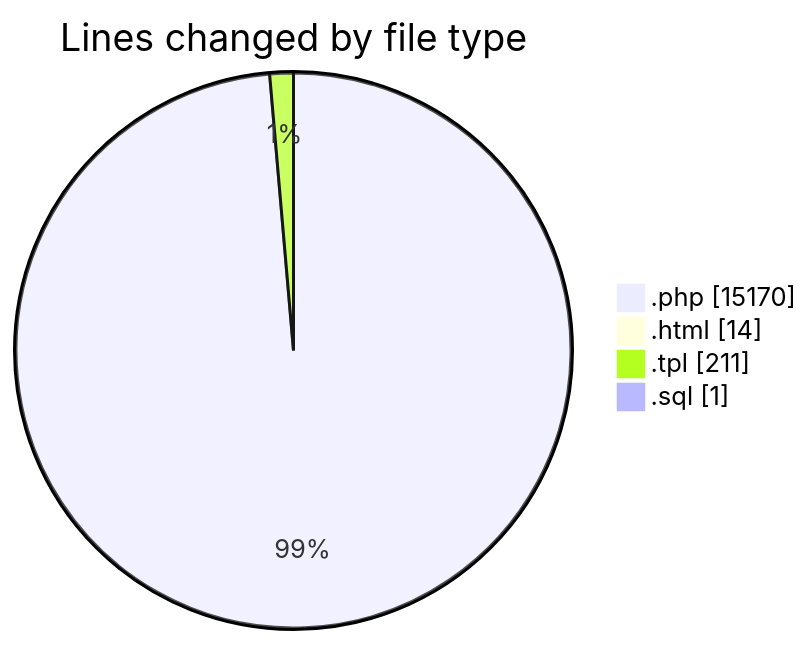
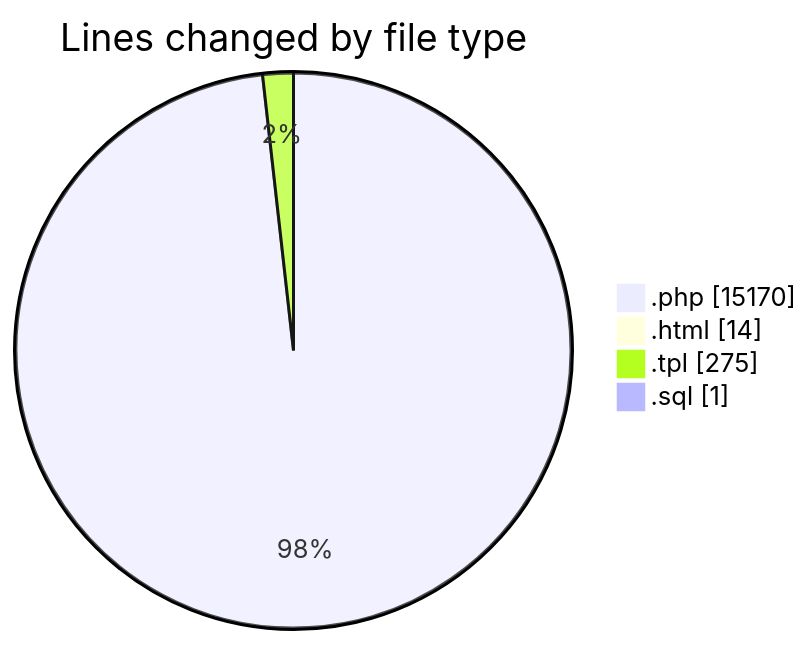
Before and after one commit to vahidmafi/code-tracking: the first of 2 diagrams in 2025-09-13/shop/README.md, drawn with Mermaid. The commit also changed other lines of this file and 1 other file, not shown here.

````diff
--- a/2025-09-13/shop/README.md
+++ b/2025-09-13/shop/README.md
@@ -36,8 +37,8 @@
 ```mermaid
 pie showData
 title Lines changed by file type
 ".php" : 15170
 ".html" : 14
-".tpl" : 211
+".tpl" : 275
 ".sql" : 1
 ```
````
